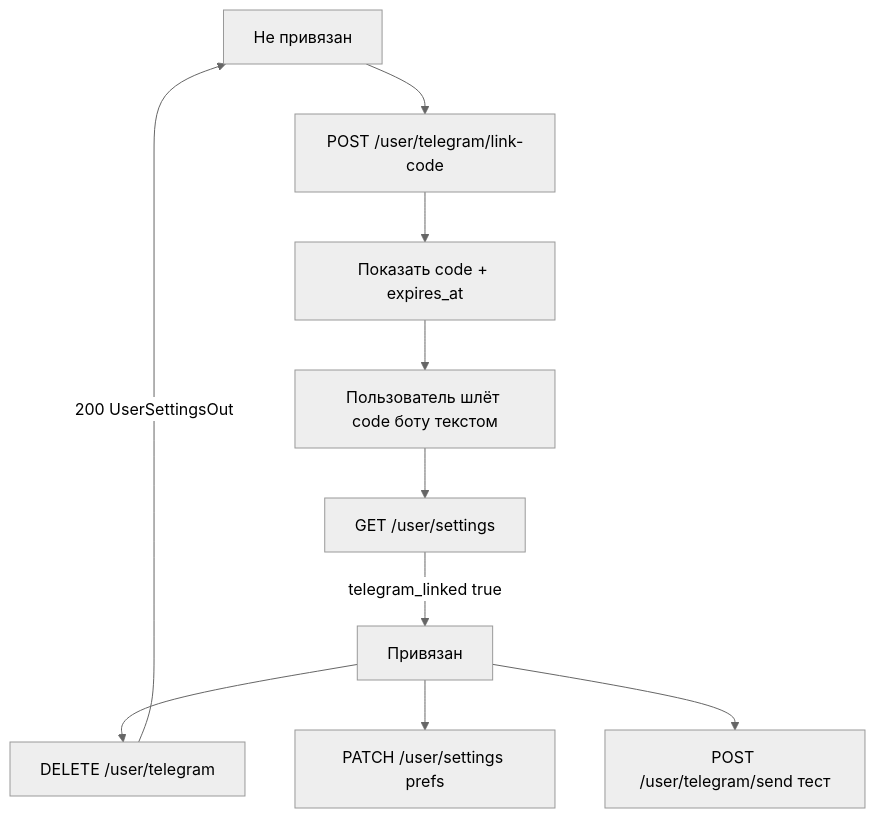
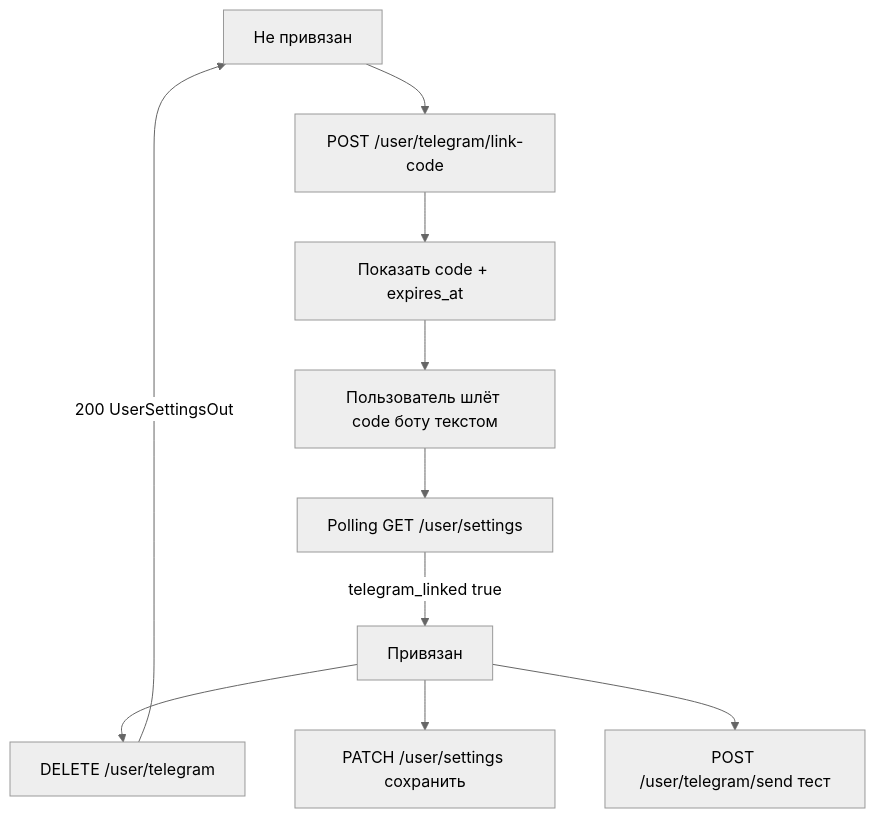
The diagram in docs/features/user/telegram-settings.md (ArtsiomDziominski/front-trading-platform), drawn with Mermaid (neutral theme) before and after one commit. The commit also changed other lines of this file and 6 other files, not shown here.

````diff
--- a/docs/features/user/telegram-settings.md
+++ b/docs/features/user/telegram-settings.md
@@ -21,12 +24,12 @@
 ```mermaid
 flowchart TD
   A[Не привязан] --> B[POST /user/telegram/link-code]
   B --> C[Показать code + expires_at]
   C --> D[Пользователь шлёт code боту текстом]
-  D --> E[GET /user/settings]
+  D --> E[Polling GET /user/settings]
   E -->|telegram_linked true| F[Привязан]
   F --> G[DELETE /user/telegram]
   G -->|200 UserSettingsOut| A
-  F --> H[PATCH /user/settings prefs]
+  F --> H[PATCH /user/settings сохранить]
   F --> I[POST /user/telegram/send тест]
 ```
````
